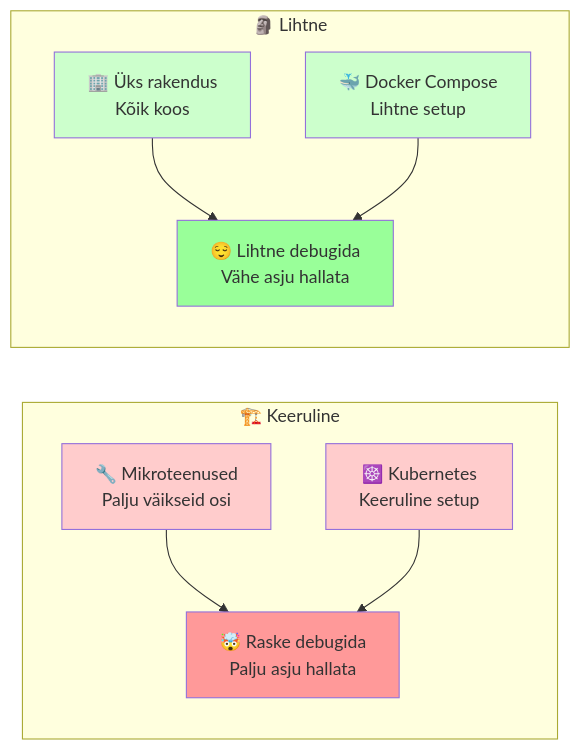
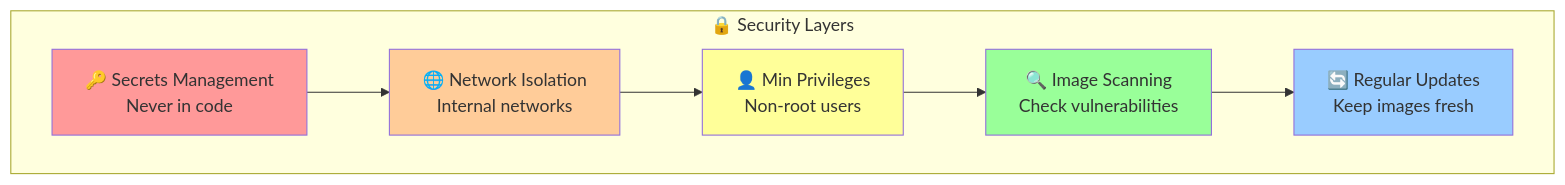
One commit to mtalvik/automatiseerimine_ext changed diagram 11 of 12 in docker_orchestration/lecture.md. Above: the diagram before and after it, drawn with Mermaid. The commit also changed other lines of this file, not shown here.

````diff
--- a/docker_orchestration/lecture.md
+++ b/docker_orchestration/lecture.md
@@ -1189,26 +1240,21 @@
 ```mermaid
-graph LR
-    subgraph "🏗️ Keeruline"
-        Micro[🔧 Mikroteenused<br/>Palju väikseid osi]
-        K8s[☸️ Kubernetes<br/>Keeruline setup]
-        Complex[🤯 Raske debugida<br/>Palju asju hallata]
+graph TD
+    subgraph "🔒 Security Layers"
+        Secrets[🔑 Secrets Management<br/>Never in code]
+        Network[🌐 Network Isolation<br/>Internal networks]
+        MinPriv[👤 Min Privileges<br/>Non-root users]
+        Scanning[🔍 Image Scanning<br/>Check vulnerabilities]
+        Updates[🔄 Regular Updates<br/>Keep images fresh]
     end
     
-    subgraph "🗿 Lihtne"
-        Mono[🏢 Üks rakendus<br/>Kõik koos]
-        Compose[🐳 Docker Compose<br/>Lihtne setup]
-        Simple[😌 Lihtne debugida<br/>Vähe asju hallata]
-    end
+    Secrets --> Network
+    Network --> MinPriv
+    MinPriv --> Scanning
+    Scanning --> Updates
     
-    Micro --> Complex
-    K8s --> Complex
-    Mono --> Simple
-    Compose --> Simple
-    
-    style Micro fill:#ffcccc
-    style K8s fill:#ffcccc
-    style Complex fill:#ff9999
-    style Mono fill:#ccffcc
-    style Compose fill:#ccffcc
-    style Simple fill:#99ff99
+    style Secrets fill:#ff9999
+    style Network fill:#ffcc99
+    style MinPriv fill:#ffff99
+    style Scanning fill:#99ff99
+    style Updates fill:#99ccff
 ```
````
